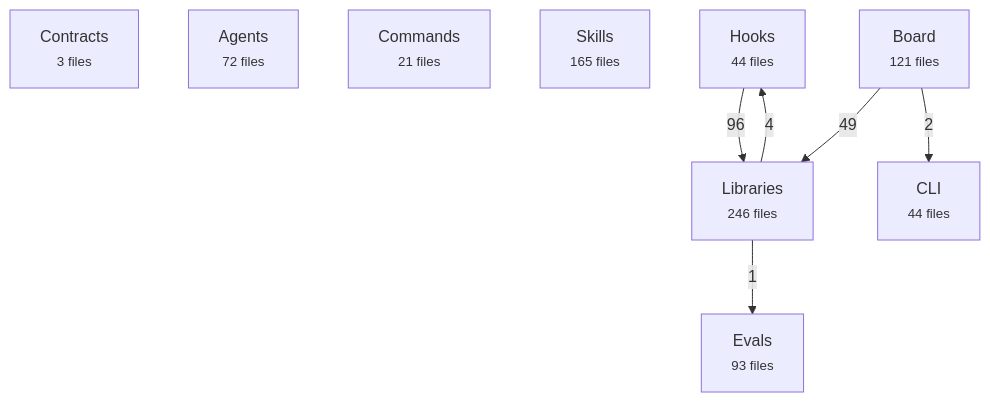
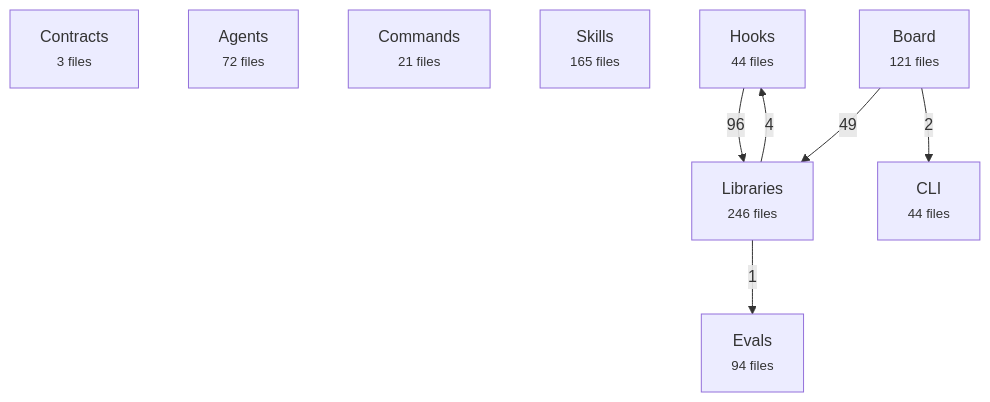
One commit to avelikiy/great_cto changed the first of 2 diagrams in docs/reference/architecture-map.md. Above: the diagram before and after it, drawn with Mermaid. The commit also changed other lines of this file, not shown here.

Commit message:
docs: regenerate architecture map (one more eval file)

````diff
--- a/docs/reference/architecture-map.md
+++ b/docs/reference/architecture-map.md
@@ -20,17 +20,17 @@
 ```mermaid
 flowchart TD
   contracts["Contracts<br/><small>3 files</small>"]
   agents["Agents<br/><small>72 files</small>"]
   commands["Commands<br/><small>21 files</small>"]
   skills["Skills<br/><small>165 files</small>"]
   hooks["Hooks<br/><small>44 files</small>"]
   libs["Libraries<br/><small>246 files</small>"]
   board["Board<br/><small>121 files</small>"]
   cli["CLI<br/><small>44 files</small>"]
-  evals["Evals<br/><small>93 files</small>"]
+  evals["Evals<br/><small>94 files</small>"]
   hooks -->|96| libs
   board -->|49| libs
   libs -->|4| hooks
   board -->|2| cli
   libs -->|1| evals
 ```
````
